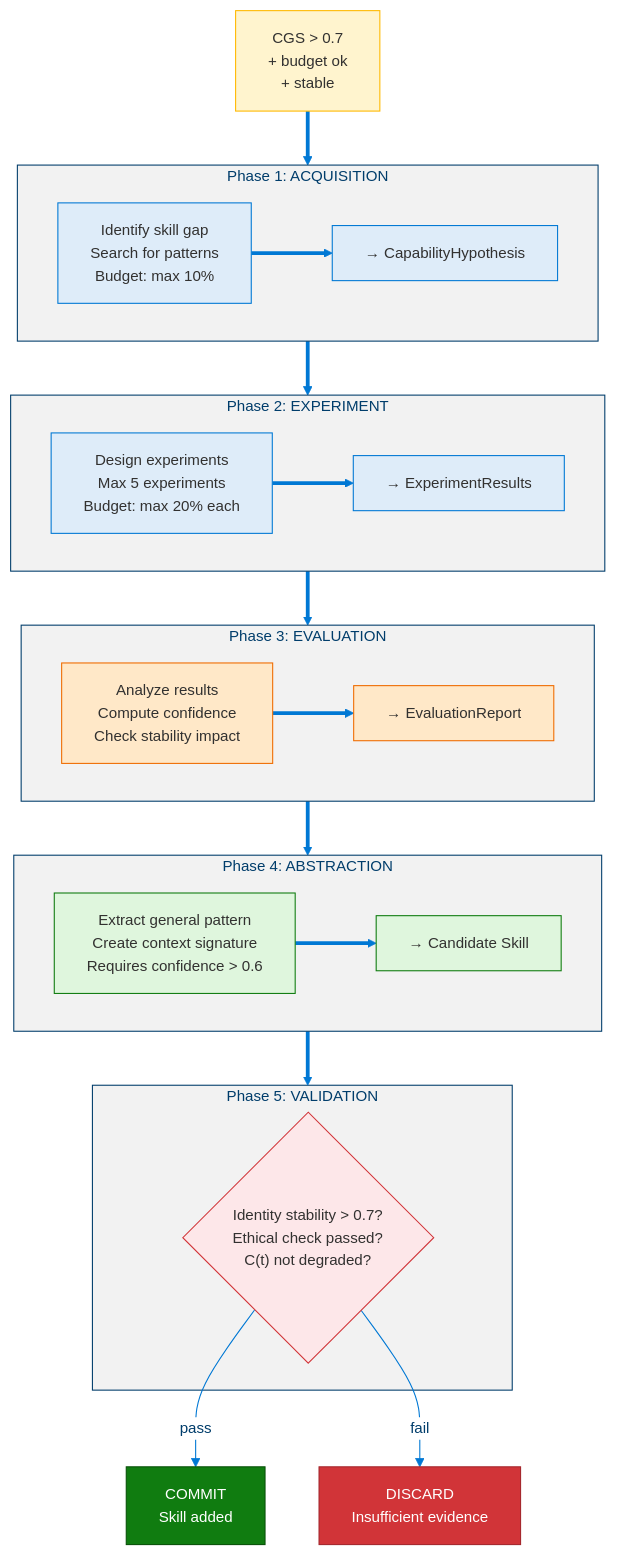
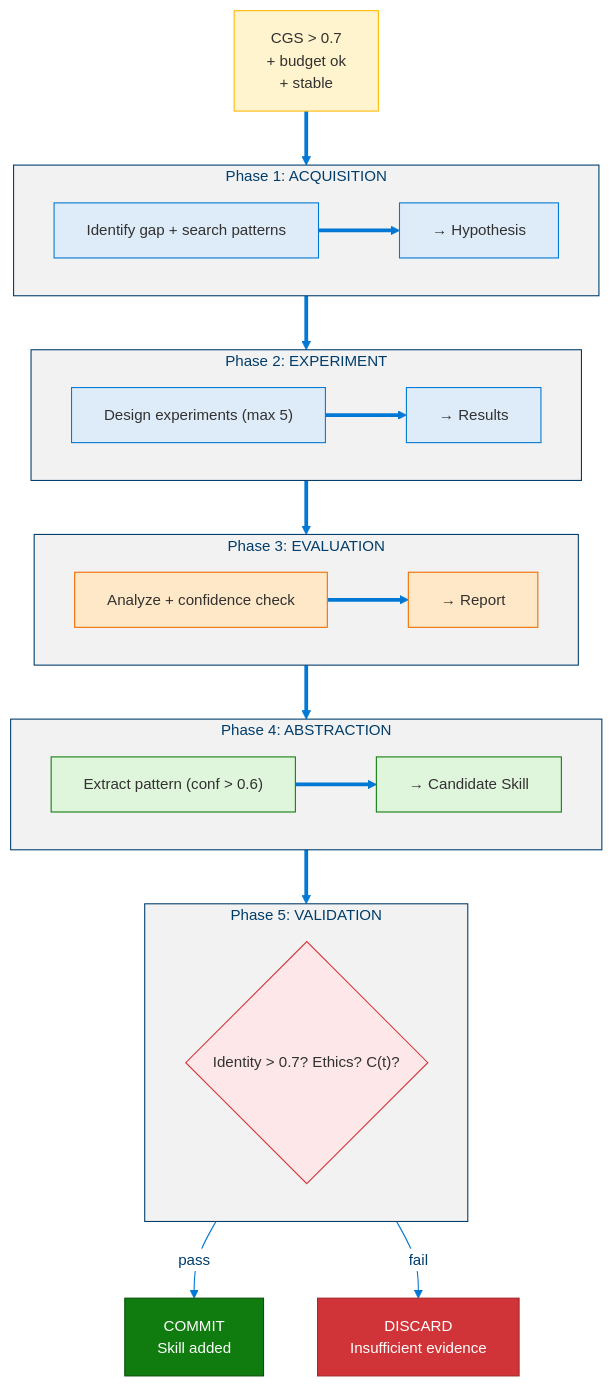
The fifth of 14 diagrams in docs/levels/Level_4_Adaptive_General_Agent.md (dotnetpower/mscp), drawn with Mermaid before and after one commit. The commit also changed 10 other files, not shown here.

````diff
--- a/docs/levels/Level_4_Adaptive_General_Agent.md
+++ b/docs/levels/Level_4_Adaptive_General_Agent.md
@@ -275,52 +275,57 @@
 ```mermaid
 %%{init: {'theme': 'base', 'themeVariables': {'primaryColor': '#0078D4', 'primaryTextColor': '#003D6B', 'primaryBorderColor': '#003D6B', 'secondaryColor': '#50E6FF', 'secondaryTextColor': '#323130', 'secondaryBorderColor': '#00BCF2', 'tertiaryColor': '#F2F2F2', 'tertiaryTextColor': '#323130', 'lineColor': '#0078D4', 'textColor': '#323130', 'mainBkg': '#DEECF9', 'nodeBorder': '#0078D4', 'clusterBkg': '#F2F2F2', 'clusterBorder': '#003D6B', 'titleColor': '#003D6B', 'edgeLabelBackground': '#FFFFFF', 'fontSize': '14px'}}}%%
 flowchart TD
   classDef trigger fill:#FFF4CE,stroke:#FFB900,color:#323130
   classDef phase fill:#DEECF9,stroke:#0078D4,color:#323130
   classDef eval fill:#FFE8C8,stroke:#EF6C00,color:#323130
   classDef abstract fill:#DFF6DD,stroke:#107C10,color:#323130
   classDef safety fill:#FDE7E9,stroke:#D13438,color:#323130
   classDef commit fill:#107C10,stroke:#085108,color:#FFF
   classDef discard fill:#D13438,stroke:#A4262C,color:#FFF
 
   TRIGGER["CGS > 0.7<br/>+ budget ok<br/>+ stable"]:::trigger
 
   subgraph Phase1["Phase 1: ACQUISITION"]
-    P1["Identify skill gap<br/>Search for patterns<br/>Budget: max 10%"]:::phase
-    P1OUT["→ CapabilityHypothesis"]:::phase
+    direction LR
+    P1["Identify gap + search patterns"]:::phase
+    P1OUT["→ Hypothesis"]:::phase
     P1 ==> P1OUT
   end
 
   subgraph Phase2["Phase 2: EXPERIMENT"]
-    P2["Design experiments<br/>Max 5 experiments<br/>Budget: max 20% each"]:::phase
-    P2OUT["→ ExperimentResults"]:::phase
+    direction LR
+    P2["Design experiments (max 5)"]:::phase
+    P2OUT["→ Results"]:::phase
     P2 ==> P2OUT
   end
 
   subgraph Phase3["Phase 3: EVALUATION"]
-    P3["Analyze results<br/>Compute confidence<br/>Check stability impact"]:::eval
-    P3OUT["→ EvaluationReport"]:::eval
+    direction LR
+    P3["Analyze + confidence check"]:::eval
+    P3OUT["→ Report"]:::eval
     P3 ==> P3OUT
   end
 
   subgraph Phase4["Phase 4: ABSTRACTION"]
-    P4["Extract general pattern<br/>Create context signature<br/>Requires confidence > 0.6"]:::abstract
+    direction LR
+    P4["Extract pattern (conf > 0.6)"]:::abstract
     P4OUT["→ Candidate Skill"]:::abstract
     P4 ==> P4OUT
   end
 
   subgraph Phase5["Phase 5: VALIDATION"]
-    P5{"Identity stability > 0.7?<br/>Ethical check passed?<br/>C(t) not degraded?"}:::safety
+    direction LR
+    P5{"Identity > 0.7? Ethics? C(t)?"}:::safety
   end
 
   COMMIT["COMMIT<br/>Skill added"]:::commit
   DISCARD["DISCARD<br/>Insufficient evidence"]:::discard
 
   TRIGGER ==> Phase1
   Phase1 ==> Phase2
   Phase2 ==> Phase3
   Phase3 ==> Phase4
   Phase4 ==> Phase5
   P5 -->|pass| COMMIT
   P5 -->|fail| DISCARD
 ```
````
